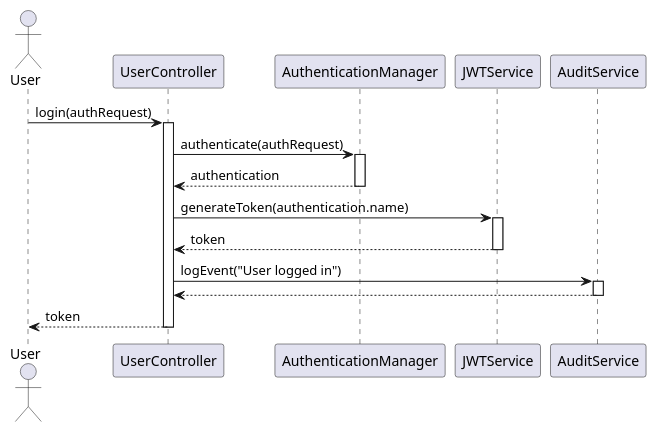
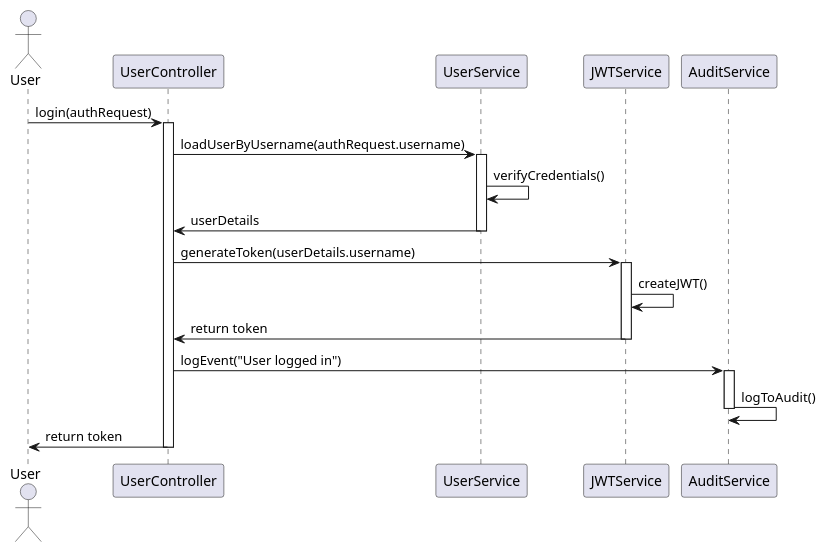
One commit to Dinesh-s95/AutoDoc.ai changed the second of 4 diagrams in identityprovider/documentation/detaileddesign.adoc. Above: the diagram before and after it, drawn with PlantUML. The commit also changed other lines of this file and 4 other files, not shown here.

```diff
--- a/identityprovider/documentation/detaileddesign.adoc
+++ b/identityprovider/documentation/detaileddesign.adoc
@@ -300,31 +341,33 @@
 [plantuml, authentication-sequence, png]
 ----
 @startuml
 actor User
 participant UserController
-participant AuthenticationManager
+participant UserService
 participant JWTService
 participant AuditService
 
 User -> UserController : login(authRequest)
 activate UserController
 
-UserController -> AuthenticationManager : authenticate(authRequest)
-activate AuthenticationManager
-AuthenticationManager --> UserController : authentication
-deactivate AuthenticationManager
+UserController -> UserService : loadUserByUsername(authRequest.username)
+activate UserService
+UserService -> UserService : verifyCredentials()
+UserService -> UserController : userDetails
+deactivate UserService
 
-UserController -> JWTService : generateToken(authentication.name)
+UserController -> JWTService : generateToken(userDetails.username)
 activate JWTService
-JWTService --> UserController : token
+JWTService -> JWTService : createJWT()
+JWTService -> UserController : return token
 deactivate JWTService
 
 UserController -> AuditService : logEvent("User logged in")
 activate AuditService
-AuditService --> UserController
+AuditService -> AuditService : logToAudit()
 deactivate AuditService
 
-UserController --> User : token
+UserController -> User : return token
 deactivate UserController
 @enduml
 ----
```
